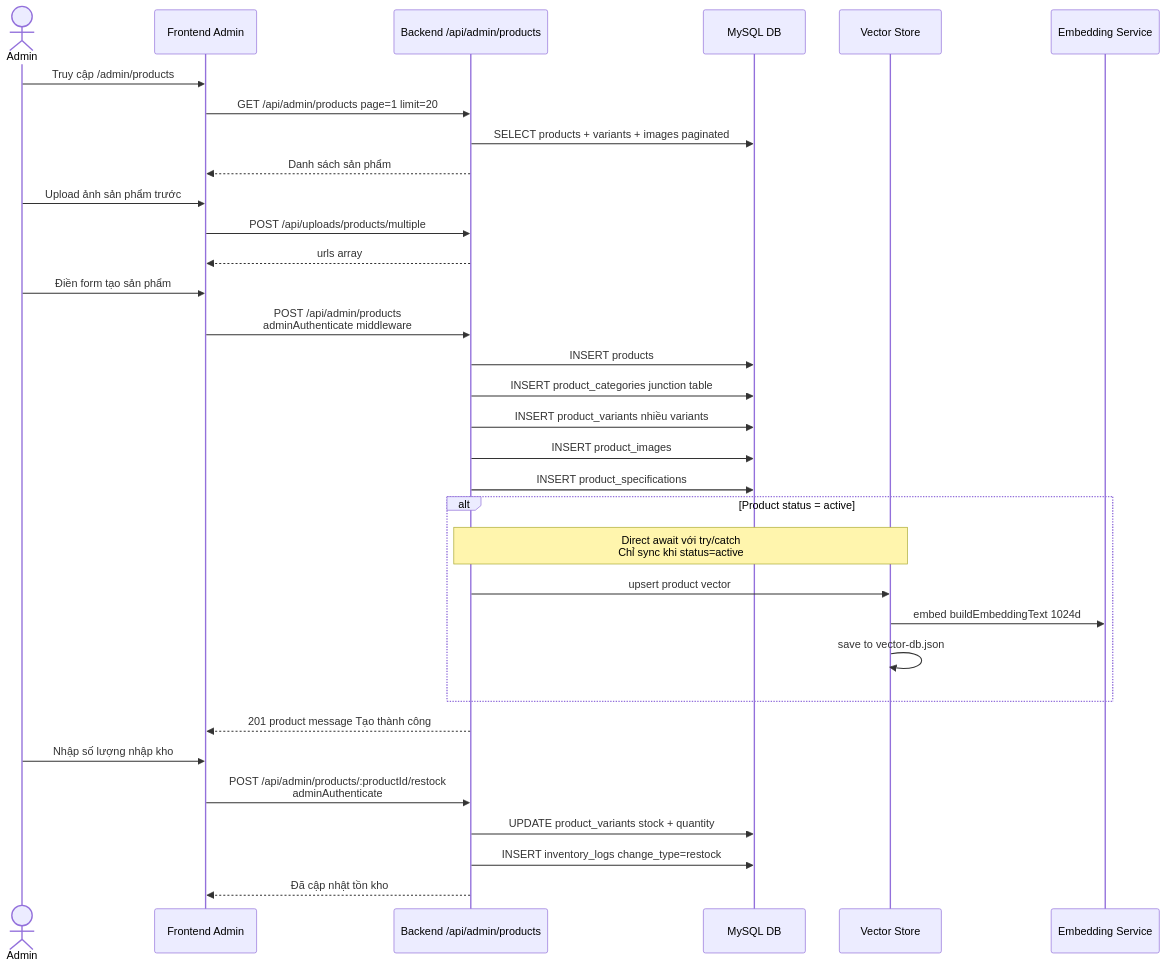
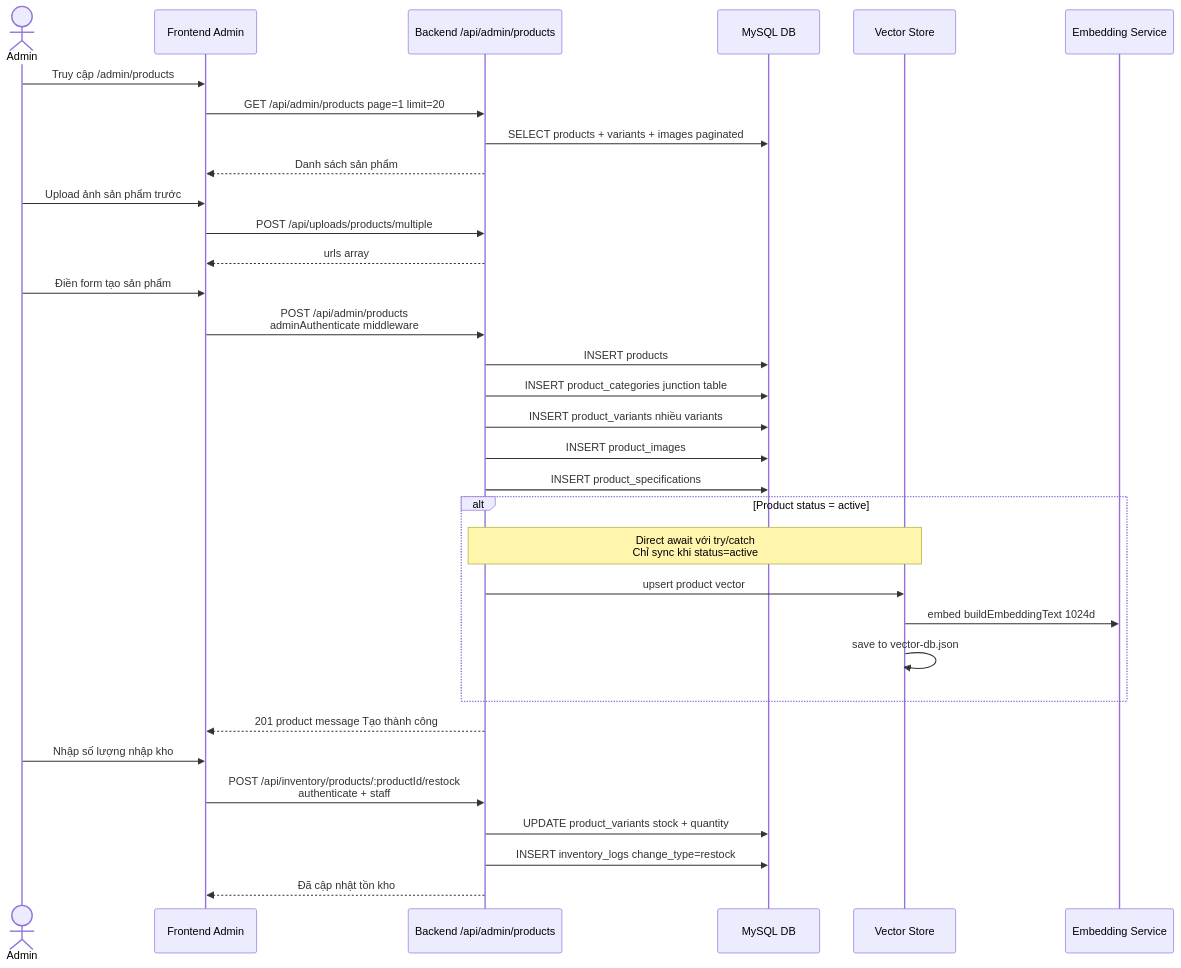
Before and after one commit to MinhThang1009/E-commerce-website: diagram 28 of 47 in DIAGRAMS.md, drawn with Mermaid. The commit also changed other lines of this file and 19 other files, not shown here.

First line of the commit message:
refactor(api): hợp nhất restock + chuẩn hóa verb hủy đơn admin (§C)

````diff
--- a/DIAGRAMS.md
+++ b/DIAGRAMS.md
@@ -990,41 +990,41 @@
 ```mermaid
 sequenceDiagram
     actor Admin
     participant FE as Frontend Admin
     participant API as Backend /api/admin/products
     participant DB as MySQL DB
     participant VS as Vector Store
     participant Embed as Embedding Service
 
     Admin->>FE: Truy cập /admin/products
     FE->>API: GET /api/admin/products page=1 limit=20
     API->>DB: SELECT products + variants + images paginated
     API-->>FE: Danh sách sản phẩm
 
     Admin->>FE: Upload ảnh sản phẩm trước
     FE->>API: POST /api/uploads/products/multiple
     API-->>FE: urls array
 
     Admin->>FE: Điền form tạo sản phẩm
     FE->>API: POST /api/admin/products<br/>adminAuthenticate middleware
     API->>DB: INSERT products
     API->>DB: INSERT product_categories junction table
     API->>DB: INSERT product_variants nhiều variants
     API->>DB: INSERT product_images
     API->>DB: INSERT product_specifications
 
     alt Product status = active
         Note over API,VS: Direct await với try/catch<br/>Chỉ sync khi status=active
         API->>VS: upsert product vector
         VS->>Embed: embed buildEmbeddingText 1024d
         VS->>VS: save to vector-db.json
     end
 
     API-->>FE: 201 product message Tạo thành công
 
     Admin->>FE: Nhập số lượng nhập kho
-    FE->>API: POST /api/admin/products/:productId/restock<br/>adminAuthenticate
+    FE->>API: POST /api/inventory/products/:productId/restock<br/>authenticate + staff
     API->>DB: UPDATE product_variants stock + quantity
     API->>DB: INSERT inventory_logs change_type=restock
     API-->>FE: Đã cập nhật tồn kho
 ```
````
